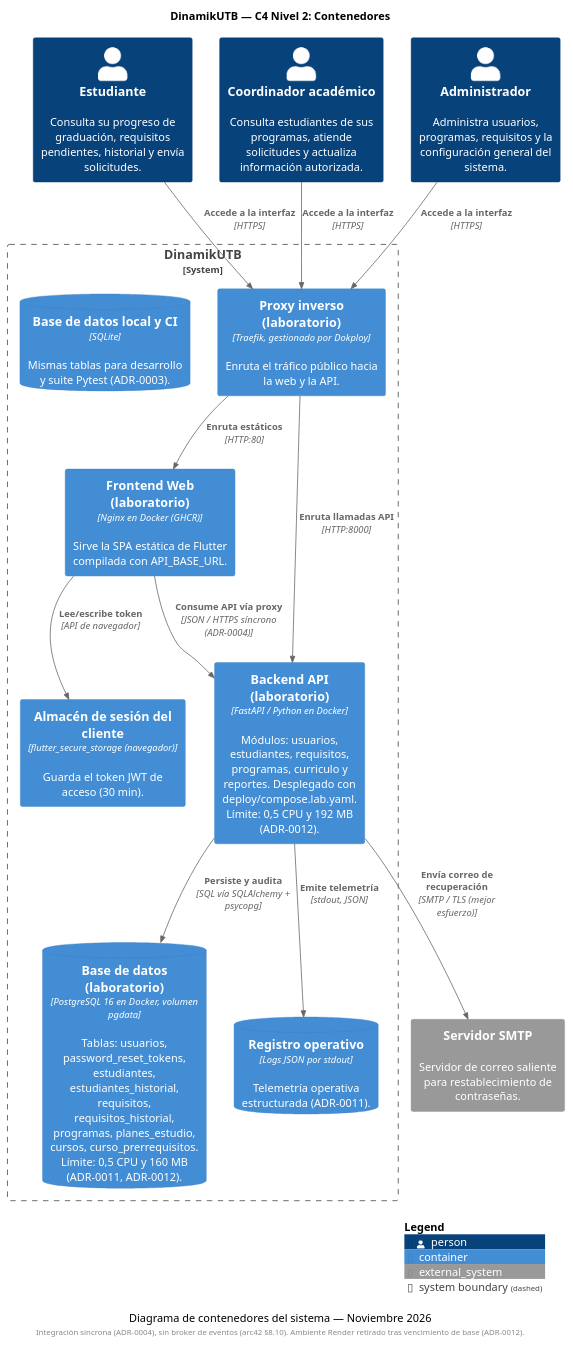
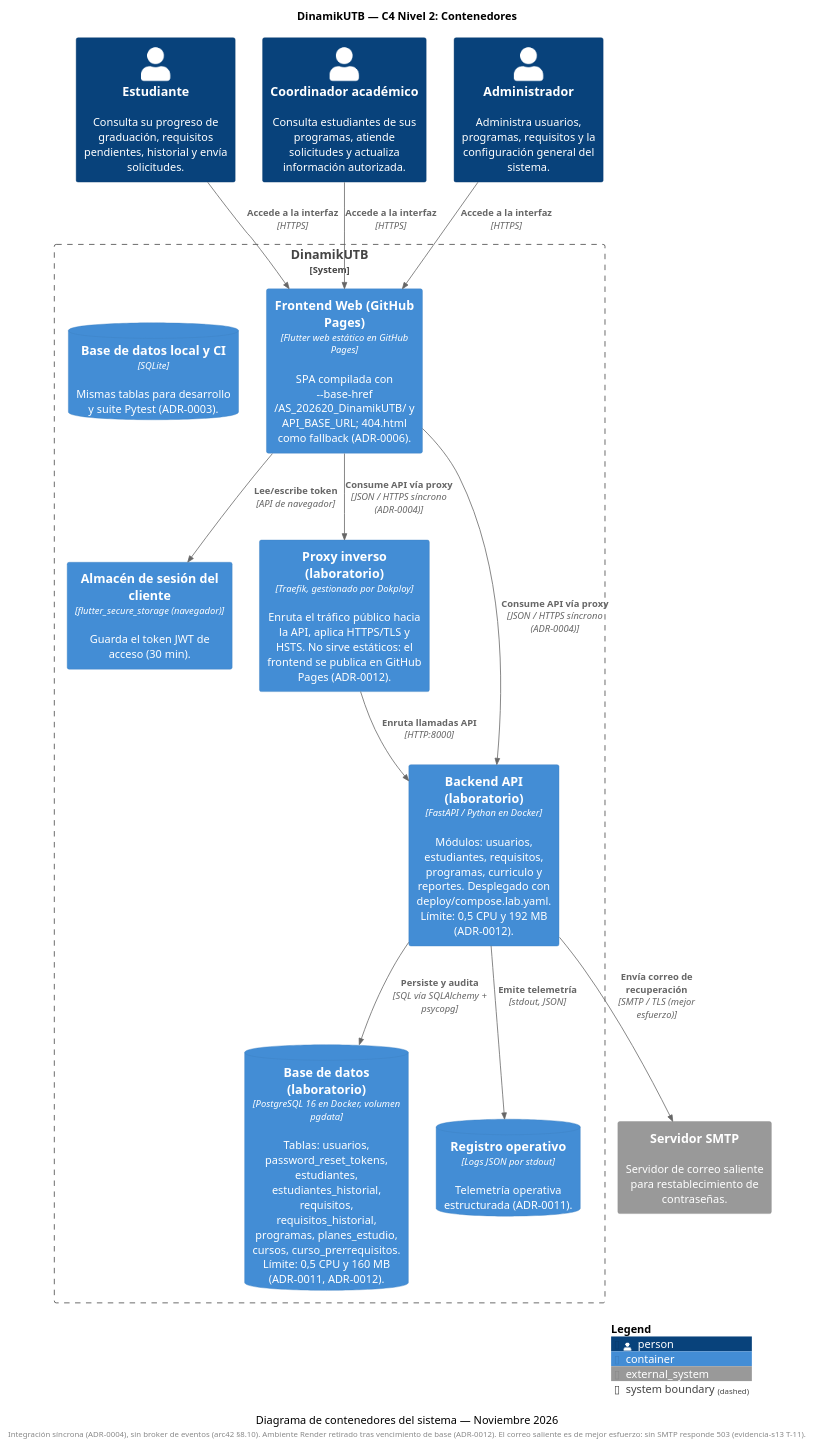
The diagram in docs/c4/contenedores.puml (ISCOUTB/AS_202620_DinamikUTB), drawn with PlantUML before and after one commit. The commit also changed 22 other files, not shown here.

```diff
--- a/docs/c4/contenedores.puml
+++ b/docs/c4/contenedores.puml
@@ -1,41 +1,41 @@
 @startuml
 !include https://raw.githubusercontent.com/plantuml-stdlib/C4-PlantUML/master/C4_Container.puml
 
 title DinamikUTB — C4 Nivel 2: Contenedores
 caption Diagrama de contenedores del sistema — Noviembre 2026
 
 Person(estudiante, "Estudiante", "Consulta su progreso de graduación, requisitos pendientes, historial y envía solicitudes.")
 Person(coordinador, "Coordinador académico", "Consulta estudiantes de sus programas, atiende solicitudes y actualiza información autorizada.")
 Person(administrador, "Administrador", "Administra usuarios, programas, requisitos y la configuración general del sistema.")
 
 System_Boundary(dinamik, "DinamikUTB") {
     Container(token_store, "Almacén de sesión del cliente", "flutter_secure_storage (navegador)", "Guarda el token JWT de acceso (30 min).")
 
-    Container(proxy, "Proxy inverso (laboratorio)", "Traefik, gestionado por Dokploy", "Enruta el tráfico público hacia la web y la API.")
-    Container(web_lab, "Frontend Web (laboratorio)", "Nginx en Docker (GHCR)", "Sirve la SPA estática de Flutter compilada con API_BASE_URL.")
+    Container(web_lab, "Frontend Web (GitHub Pages)", "Flutter web estático en GitHub Pages", "SPA compilada con --base-href /AS_202620_DinamikUTB/ y API_BASE_URL; 404.html como fallback (ADR-0006).")
+
+    Container(proxy, "Proxy inverso (laboratorio)", "Traefik, gestionado por Dokploy", "Enruta el tráfico público hacia la API, aplica HTTPS/TLS y HSTS. No sirve estáticos: el frontend se publica en GitHub Pages (ADR-0012).")
 
     Container(backend_lab, "Backend API (laboratorio)", "FastAPI / Python en Docker", "Módulos: usuarios, estudiantes, requisitos, programas, curriculo y reportes. Desplegado con deploy/compose.lab.yaml. Límite: 0,5 CPU y 192 MB (ADR-0012).")
     ContainerDb(database_lab, "Base de datos (laboratorio)", "PostgreSQL 16 en Docker, volumen pgdata", "Tablas: usuarios, password_reset_tokens, estudiantes, estudiantes_historial, requisitos, requisitos_historial, programas, planes_estudio, cursos, curso_prerrequisitos. Límite: 0,5 CPU y 160 MB (ADR-0011, ADR-0012).")
 
     ContainerDb(database_local, "Base de datos local y CI", "SQLite", "Mismas tablas para desarrollo y suite Pytest (ADR-0003).")
     ContainerDb(logs, "Registro operativo", "Logs JSON por stdout", "Telemetría operativa estructurada (ADR-0011).")
 }
 
 System_Ext(smtp, "Servidor SMTP", "Servidor de correo saliente para restablecimiento de contraseñas.")
 
-Rel(estudiante, proxy, "Accede a la interfaz", "HTTPS")
-Rel(coordinador, proxy, "Accede a la interfaz", "HTTPS")
-Rel(administrador, proxy, "Accede a la interfaz", "HTTPS")
+Rel(estudiante, web_lab, "Accede a la interfaz", "HTTPS")
+Rel(coordinador, web_lab, "Accede a la interfaz", "HTTPS")
+Rel(administrador, web_lab, "Accede a la interfaz", "HTTPS")
 
-Rel(proxy, web_lab, "Enruta estáticos", "HTTP:80")
 Rel(web_lab, token_store, "Lee/escribe token", "API de navegador")
+Rel(web_lab, proxy, "Consume API vía proxy", "JSON / HTTPS síncrono (ADR-0004)")
 Rel(proxy, backend_lab, "Enruta llamadas API", "HTTP:8000")
-
 Rel(web_lab, backend_lab, "Consume API vía proxy", "JSON / HTTPS síncrono (ADR-0004)")
 Rel(backend_lab, database_lab, "Persiste y audita", "SQL vía SQLAlchemy + psycopg")
 Rel(backend_lab, smtp, "Envía correo de recuperación", "SMTP / TLS (mejor esfuerzo)")
 Rel(backend_lab, logs, "Emite telemetría", "stdout, JSON")
 
-footer Integración síncrona (ADR-0004), sin broker de eventos (arc42 §8.10). Ambiente Render retirado tras vencimiento de base (ADR-0012).
+footer Integración síncrona (ADR-0004), sin broker de eventos (arc42 §8.10). Ambiente Render retirado tras vencimiento de base (ADR-0012). El correo saliente es de mejor esfuerzo: sin SMTP responde 503 (evidencia-s13 T-11).
 SHOW_LEGEND()
 @enduml
```
